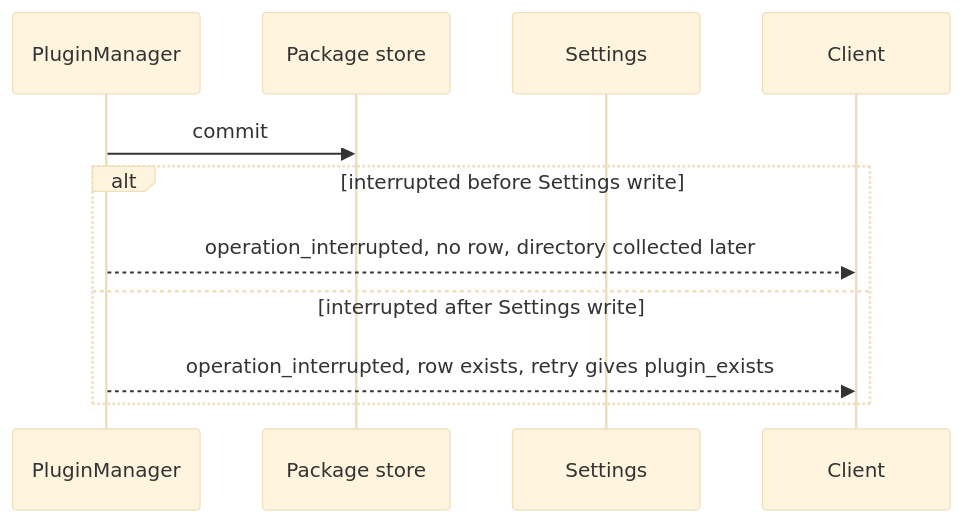
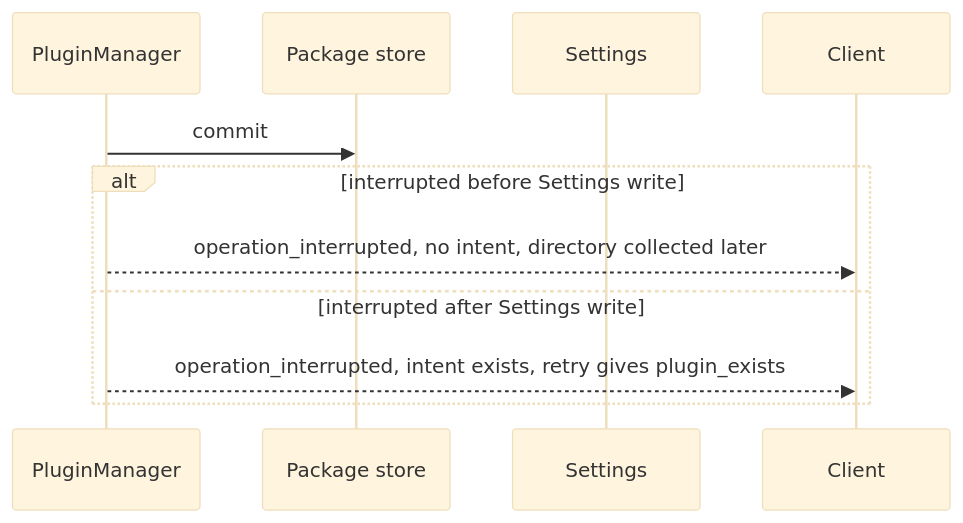
The sixth of 6 diagrams in docs/design/plugins/PluginManager.md (CoutinhoTTS/dim-agent), drawn with Mermaid (base theme) before and after one commit. The commit also changed other lines of this file and 2 other files, not shown here.

Commit message:
docs(design): rescope Modality, PluginManager and RemoteGateway per ADR 002

````diff
--- a/docs/design/plugins/PluginManager.md
+++ b/docs/design/plugins/PluginManager.md
@@ -154,13 +138,13 @@
 ```mermaid
 sequenceDiagram
   participant PM as PluginManager
   participant PS as Package store
   participant S as Settings
   participant C as Client
   PM->>PS: commit
   alt interrupted before Settings write
-    PM-->>C: operation_interrupted, no row, directory collected later
+    PM-->>C: operation_interrupted, no intent, directory collected later
   else interrupted after Settings write
-    PM-->>C: operation_interrupted, row exists, retry gives plugin_exists
+    PM-->>C: operation_interrupted, intent exists, retry gives plugin_exists
   end
 ```
````
